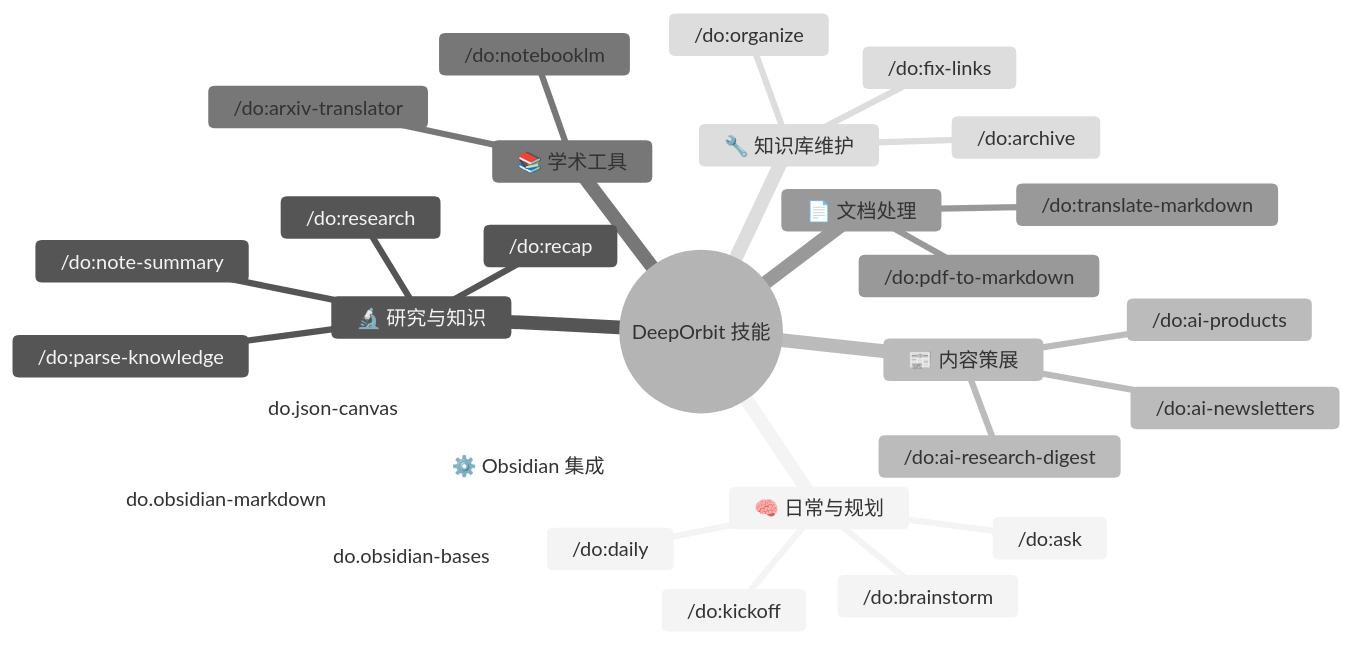
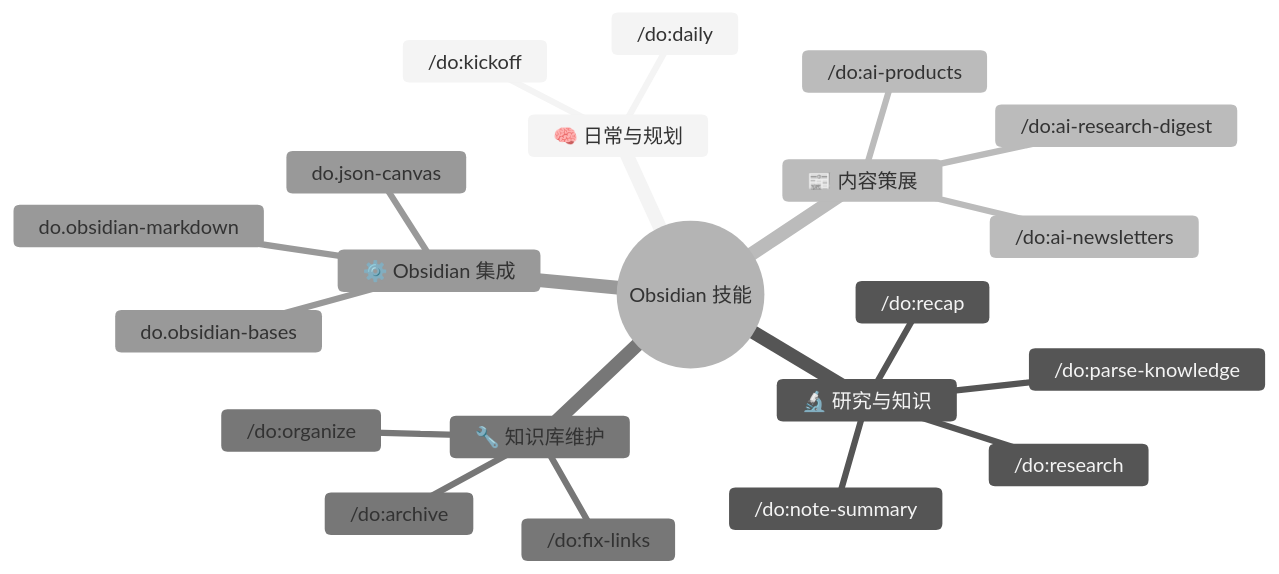
Before and after one commit to dull-bird/DeepOrbit: the fourth of 7 diagrams in README_CN.md, drawn with Mermaid (neutral theme). The commit also changed other lines of this file and 2 other files, not shown here.

Commit message:
docs: Categorize skills into Universal and Obsidian groups in READMEs and add a new rule for skill and command documentation synchronization.

````diff
--- a/README_CN.md
+++ b/README_CN.md
@@ -109,32 +133,24 @@
 ```mermaid
 mindmap
-  root((DeepOrbit 技能))
+  root((Obsidian 技能))
     🧠 日常与规划
       /do:daily
       /do:kickoff
-      /do:brainstorm
-      /do:ask
     🔬 研究与知识
       /do:research
       /do:parse-knowledge
       /do:note-summary
       /do:recap
     📰 内容策展
       /do:ai-newsletters
       /do:ai-products
       /do:ai-research-digest
-    📚 学术工具
-      /do:arxiv-translator
-      /do:notebooklm
-    📄 文档处理
-      /do:pdf-to-markdown
-      /do:translate-markdown
     🔧 知识库维护
       /do:fix-links
       /do:archive
       /do:organize
     ⚙️ Obsidian 集成
       do.obsidian-markdown
       do.obsidian-bases
       do.json-canvas
 ```
````
